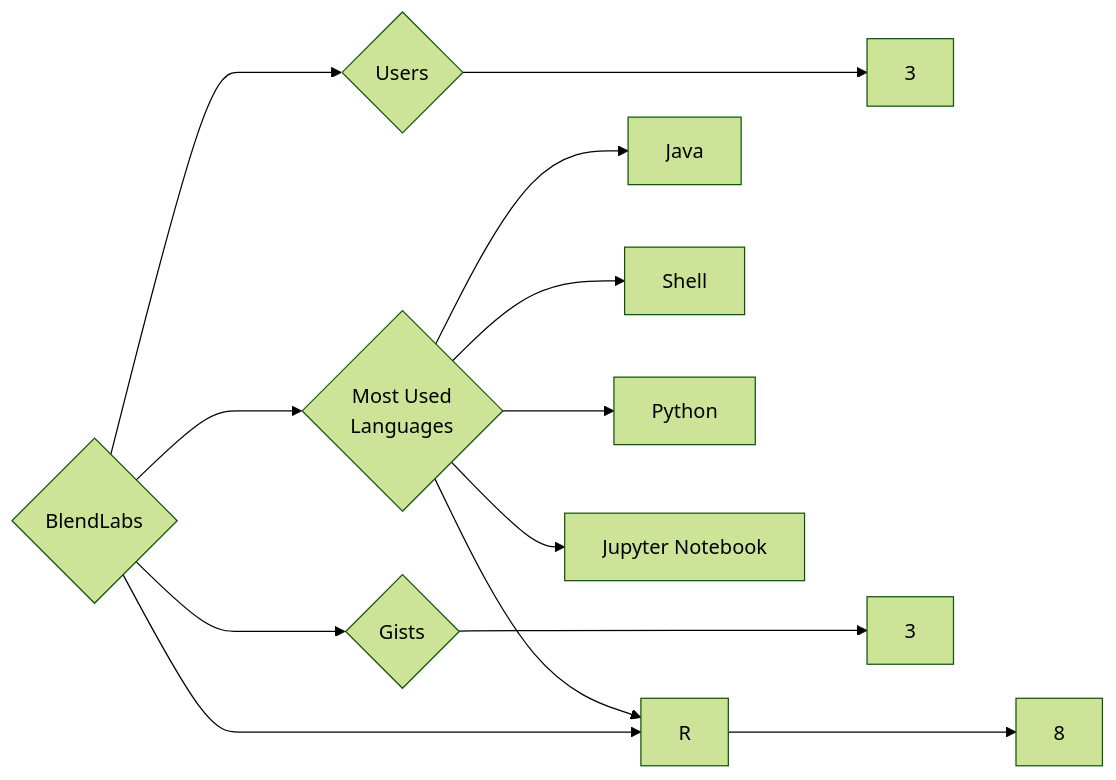
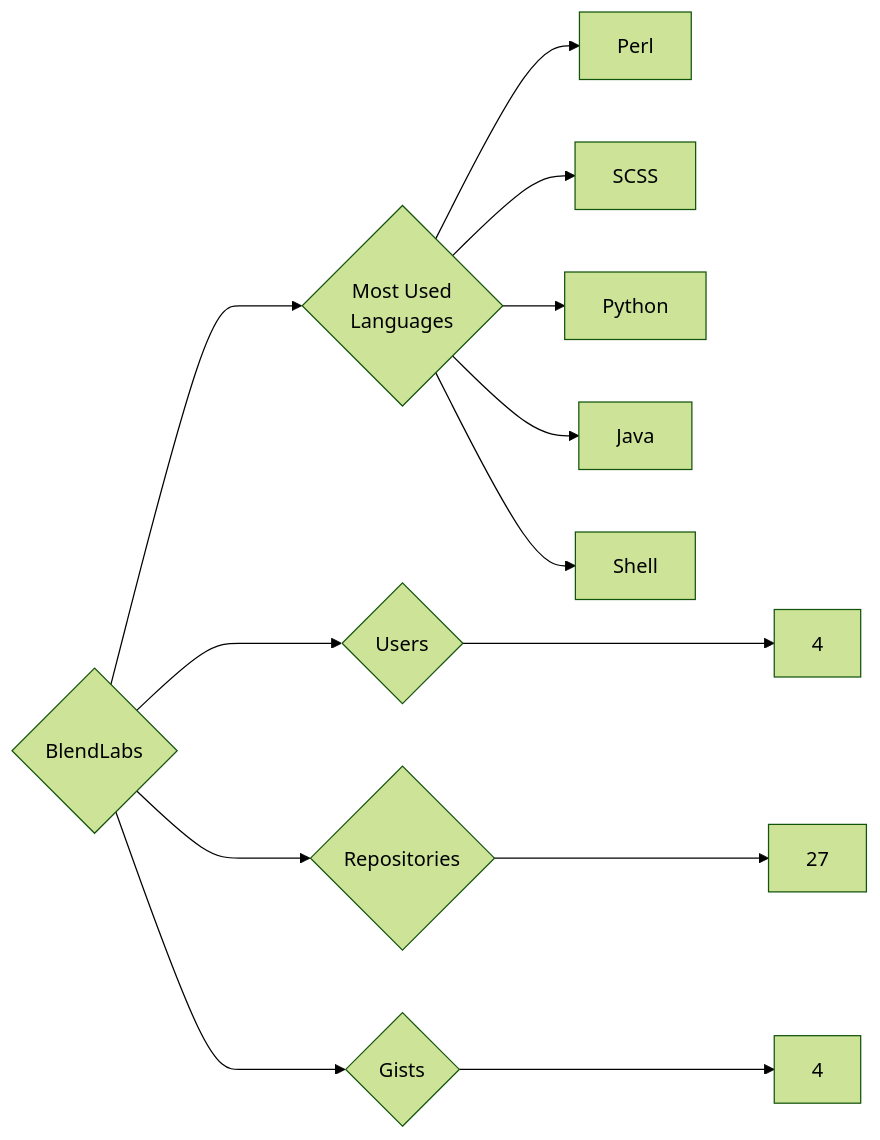
The diagram in targets/BlendLabs/README.md (trickest/insiders), drawn with Mermaid (forest theme) before and after one commit. The commit also changed 942 other files, not shown here.

````diff
--- a/targets/BlendLabs/README.md
+++ b/targets/BlendLabs/README.md
@@ -3,13 +3,13 @@
 ```mermaid
 graph LR
 COMPANY_NAME{BlendLabs}
-COMPANY_NAME ---> U{Users} ---> UN[3]
-COMPANY_NAME ---> R{Repositories} ---> RN[8]
-COMPANY_NAME ---> G{Gists} ---> GN[3]
+COMPANY_NAME ---> U{Users} ---> UN[4]
+COMPANY_NAME ---> R{Repositories} ---> RN[27]
+COMPANY_NAME ---> G{Gists} ---> GN[4]
 COMPANY_NAME ---> ML{Most Used<br>Languages}
+ML --> Perl[Perl]
+ML --> SCSS[SCSS]
+ML --> Python[Python]
 ML --> Java[Java]
 ML --> Shell[Shell]
-ML --> R[R]
-ML --> Python[Python]
-ML --> Jupyter_Notebook[Jupyter Notebook]
 ```
````
